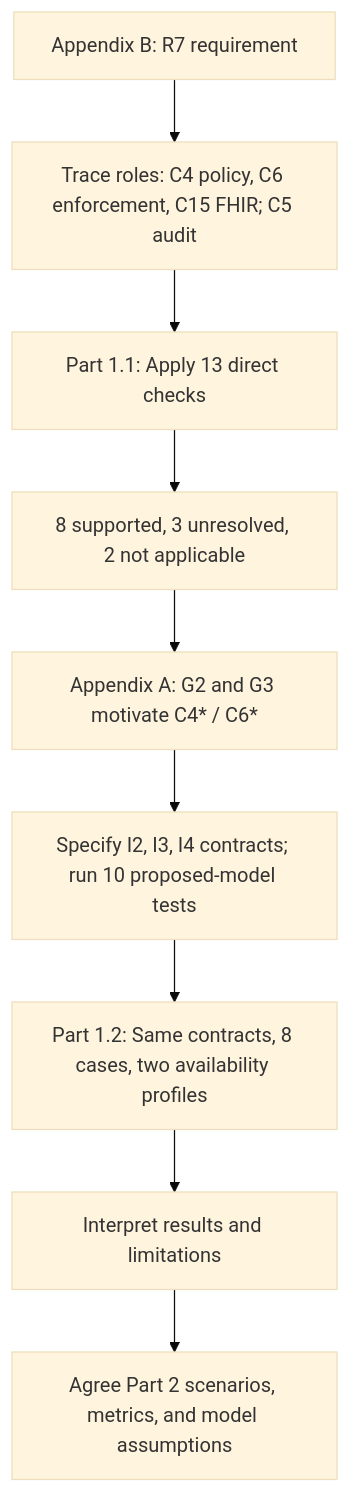
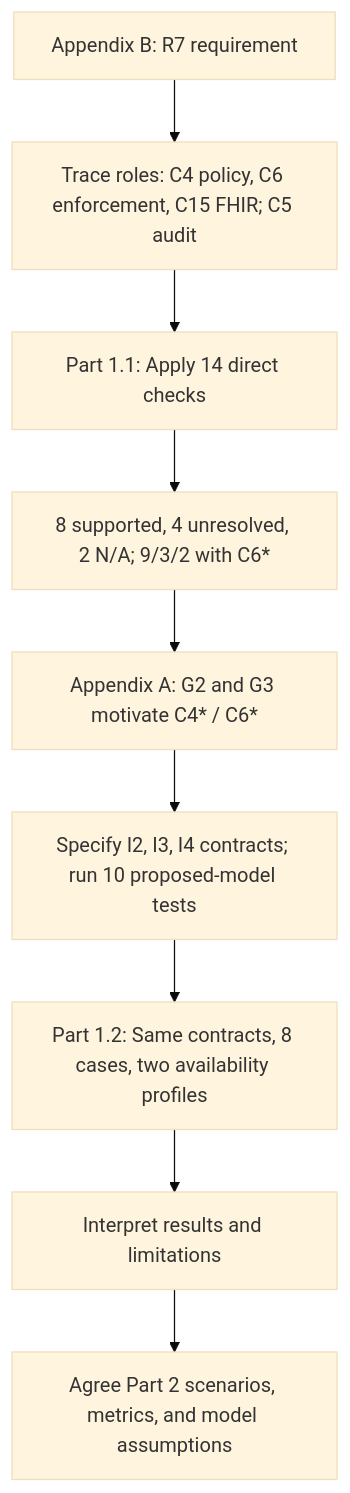
The diagram in part1_architecture_validation/docs/COLLABORATOR_HANDOFF.md (Abha2044/bc-ssi-healthcare-des-evaluation), drawn with Mermaid (base theme) before and after one commit. The commit also changed other lines of this file and 3 other files, not shown here.

````diff
--- a/part1_architecture_validation/docs/COLLABORATOR_HANDOFF.md
+++ b/part1_architecture_validation/docs/COLLABORATOR_HANDOFF.md
@@ -7,11 +7,11 @@
 ```mermaid
 flowchart TD
     A[Appendix B: R7 requirement] --> B[Trace roles: C4 policy, C6 enforcement, C15 FHIR; C5 audit]
-    B --> C[Part 1.1: Apply 13 direct checks]
-    C --> D[8 supported, 3 unresolved, 2 not applicable]
+    B --> C[Part 1.1: Apply 14 direct checks]
+    C --> D[8 supported, 4 unresolved, 2 N/A; 9/3/2 with C6*]
     D --> E[Appendix A: G2 and G3 motivate C4* / C6*]
     E --> F[Specify I2, I3, I4 contracts; run 10 proposed-model tests]
     F --> G[Part 1.2: Same contracts, 8 cases, two availability profiles]
     G --> H[Interpret results and limitations]
     H --> I[Agree Part 2 scenarios, metrics, and model assumptions]
 ```
````
